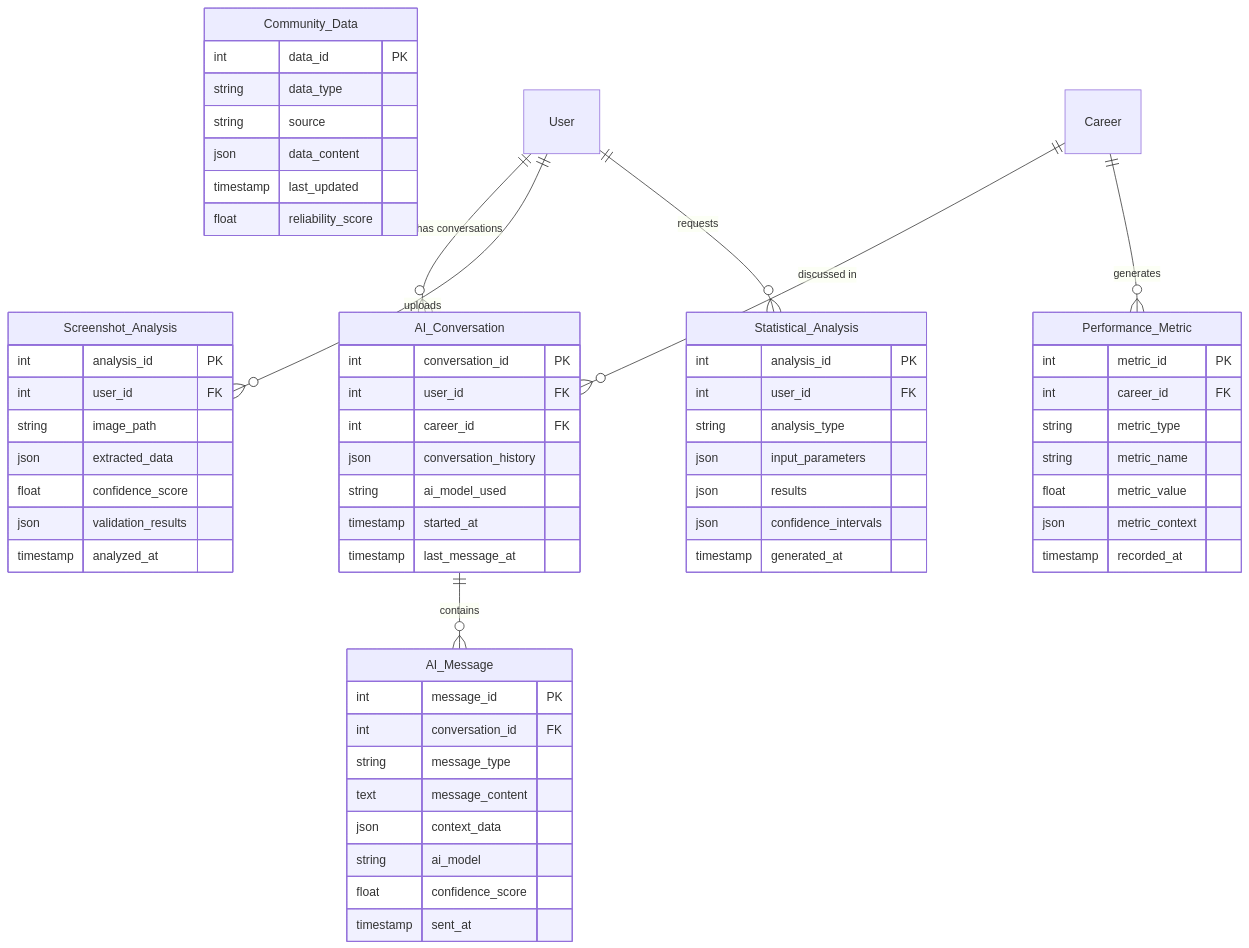
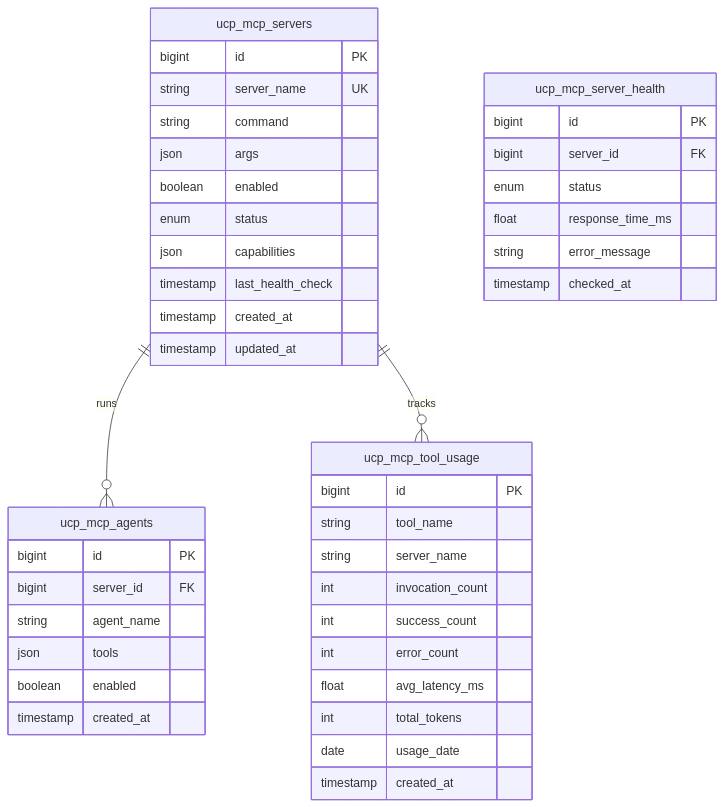
One commit to exatfrds67/umamusume-career-planner changed diagram 11 of 13 in docs/01-diagrams/entity-relationship-diagram.md. Above: the diagram before and after it, drawn with Mermaid. The commit also changed other lines of this file and 67 other files, not shown here.

````diff
--- a/docs/01-diagrams/entity-relationship-diagram.md
+++ b/docs/01-diagrams/entity-relationship-diagram.md
@@ -541,69 +673,49 @@
 ```mermaid
 erDiagram
-    AI_Conversation {
-        int conversation_id PK
-        int user_id FK
-        int career_id FK
-        json conversation_history
-        string ai_model_used
-        timestamp started_at
-        timestamp last_message_at
+    ucp_mcp_servers ||--o{ ucp_mcp_agents : runs
+    ucp_mcp_servers ||--o{ ucp_mcp_tool_usage : tracks
+    
+    ucp_mcp_servers {
+        bigint id PK
+        string server_name UK
+        string command
+        json args
+        boolean enabled
+        enum status
+        json capabilities
+        timestamp last_health_check
+        timestamp created_at
+        timestamp updated_at
     }
-
-    AI_Message {
-        int message_id PK
-        int conversation_id FK
-        string message_type
-        text message_content
-        json context_data
-        string ai_model
-        float confidence_score
-        timestamp sent_at
+    
+    ucp_mcp_agents {
+        bigint id PK
+        bigint server_id FK
+        string agent_name
+        json tools
+        boolean enabled
+        timestamp created_at
     }
-
-    Screenshot_Analysis {
-        int analysis_id PK
-        int user_id FK
-        string image_path
-        json extracted_data
-        float confidence_score
-        json validation_results
-        timestamp analyzed_at
+    
+    ucp_mcp_tool_usage {
+        bigint id PK
+        string tool_name
+        string server_name
+        int invocation_count
+        int success_count
+        int error_count
+        float avg_latency_ms
+        int total_tokens
+        date usage_date
+        timestamp created_at
     }
-
-    Performance_Metric {
-        int metric_id PK
-        int career_id FK
-        string metric_type
-        string metric_name
-        float metric_value
-        json metric_context
-        timestamp recorded_at
+    
+    ucp_mcp_server_health {
+        bigint id PK
+        bigint server_id FK
+        enum status
+        float response_time_ms
+        string error_message
+        timestamp checked_at
     }
-
-    Statistical_Analysis {
-        int analysis_id PK
-        int user_id FK
-        string analysis_type
-        json input_parameters
-        json results
-        json confidence_intervals
-        timestamp generated_at
-    }
-
-    Community_Data {
-        int data_id PK
-        string data_type
-        string source
-        json data_content
-        timestamp last_updated
-        float reliability_score
-    }
-
-    User ||--o{ AI_Conversation : "has conversations"
-    Career ||--o{ AI_Conversation : "discussed in"
-    AI_Conversation ||--o{ AI_Message : "contains"
-    User ||--o{ Screenshot_Analysis : "uploads"
-    Career ||--o{ Performance_Metric : "generates"
-    User ||--o{ Statistical_Analysis : "requests"
 ```
````
